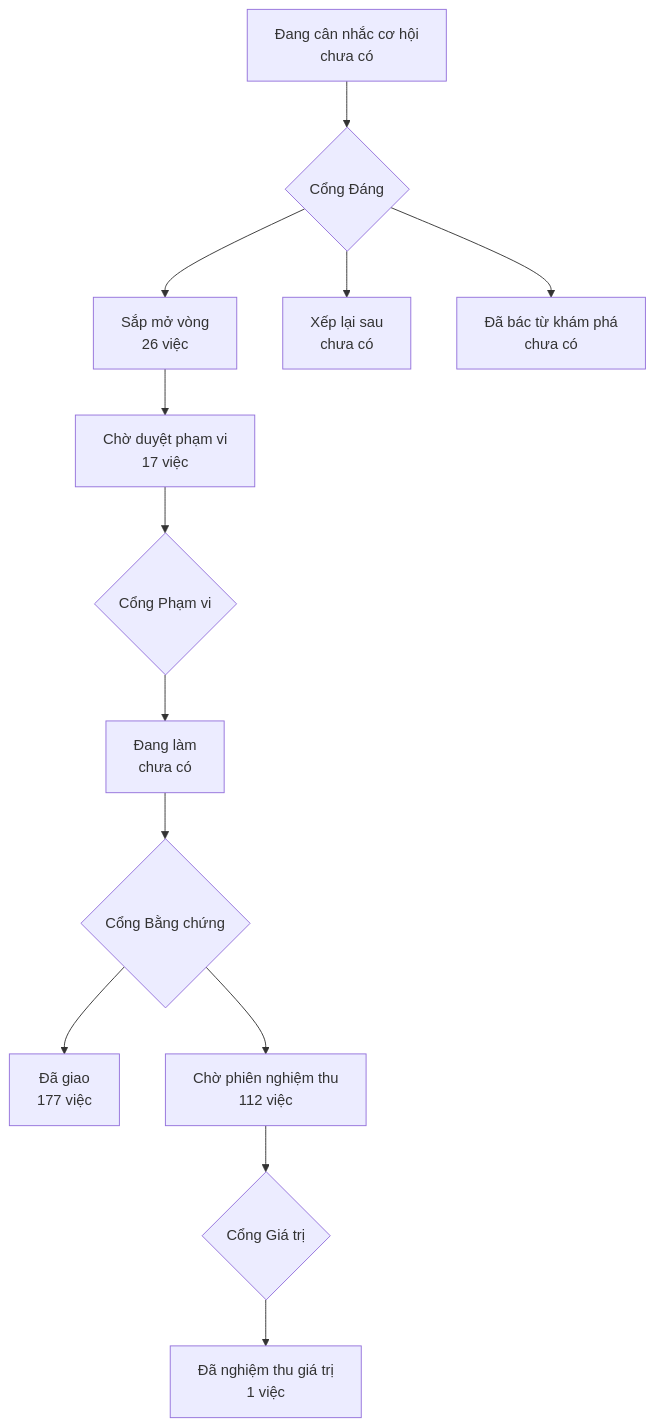
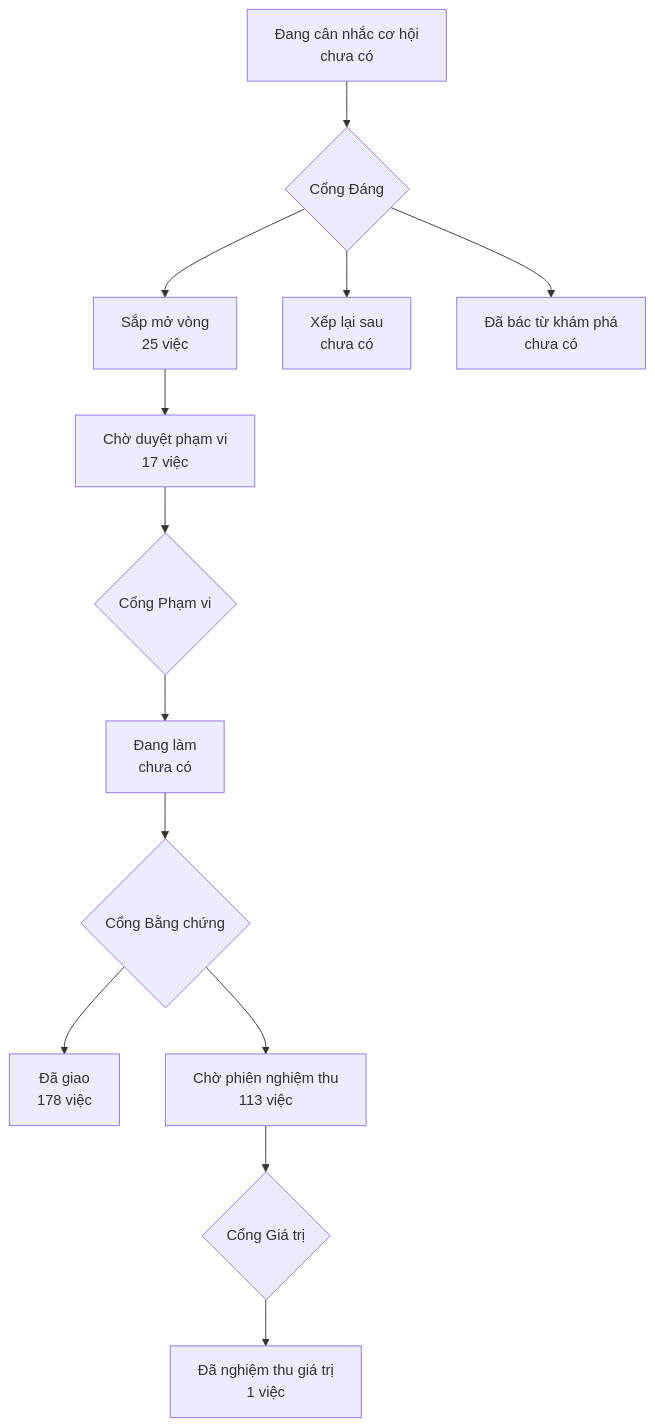
One commit to phanlemanh/onehub-invest changed the diagram in PRODUCT-MAP.md. Above: the diagram before and after it, drawn with Mermaid. The commit also changed other lines of this file and 1 other file, not shown here.

Commit message:
chore: sinh lại bản đồ sau khi gộp main

````diff
--- a/PRODUCT-MAP.md
+++ b/PRODUCT-MAP.md
@@ -7,12 +7,12 @@
 ```mermaid
 flowchart TD
   A["Đang cân nhắc cơ hội<br/>chưa có"] --> GD{"Cổng Đáng"}
-  GD --> B["Sắp mở vòng<br/>26 việc"]
+  GD --> B["Sắp mở vòng<br/>25 việc"]
   GD --> XL["Xếp lại sau<br/>chưa có"]
   GD --> DB["Đã bác từ khám phá<br/>chưa có"]
   B --> CD["Chờ duyệt phạm vi<br/>17 việc"] --> GP{"Cổng Phạm vi"}
   GP --> DL["Đang làm<br/>chưa có"] --> GB{"Cổng Bằng chứng"}
-  GB --> DG["Đã giao<br/>177 việc"]
-  GB --> CN["Chờ phiên nghiệm thu<br/>112 việc"] --> GG{"Cổng Giá trị"}
+  GB --> DG["Đã giao<br/>178 việc"]
+  GB --> CN["Chờ phiên nghiệm thu<br/>113 việc"] --> GG{"Cổng Giá trị"}
   GG --> NT["Đã nghiệm thu giá trị<br/>1 việc"]
 ```
````
